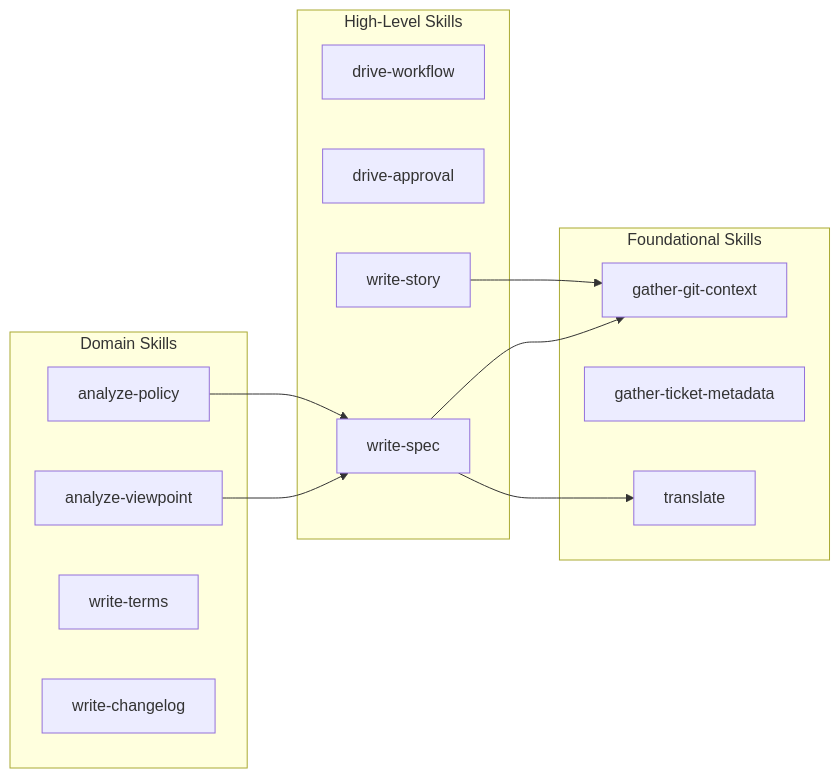
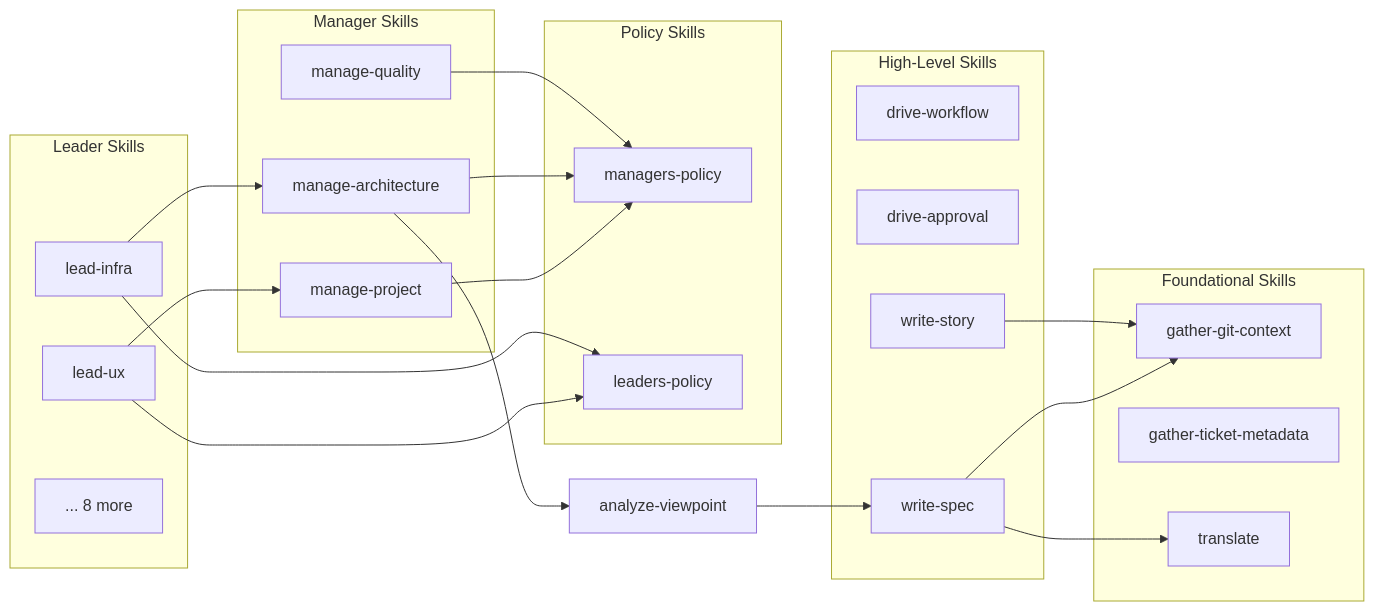
One commit to qmu/workaholic changed the third of 3 diagrams in .workaholic/specs/component.md. Above: the diagram before and after it, drawn with Mermaid. The commit also changed other lines of this file and 36 other files, not shown here.

````diff
--- a/.workaholic/specs/component.md
+++ b/.workaholic/specs/component.md
@@ -245,28 +286,47 @@
 ```mermaid
 flowchart LR
+    subgraph "Manager Skills"
+        MP[manage-project]
+        MA[manage-architecture]
+        MQ[manage-quality]
+    end
+
+    subgraph "Policy Skills"
+        MgrP[managers-policy]
+        LeadP[leaders-policy]
+    end
+
+    subgraph "Leader Skills"
+        LUX[lead-ux]
+        LInfra[lead-infra]
+        LOther[... 8 more]
+    end
+
     subgraph "High-Level Skills"
         DW[drive-workflow]
         DA[drive-approval]
         WS[write-spec]
         WStory[write-story]
     end
 
     subgraph "Foundational Skills"
         GGC[gather-git-context]
         GTM[gather-ticket-metadata]
         T[translate]
     end
 
-    subgraph "Domain Skills"
-        AV[analyze-viewpoint]
-        AP[analyze-policy]
-        WT[write-terms]
-        WC[write-changelog]
-    end
+    MP --> MgrP
+    MA --> MgrP
+    MQ --> MgrP
+
+    LUX --> LeadP
+    LUX --> MP
+    LInfra --> LeadP
+    LInfra --> MA
 
     WS --> GGC
     WS --> T
     WStory --> GGC
-    AV --> WS
-    AP --> WS
+    MA --> analyze-viewpoint
+    analyze-viewpoint --> WS
 ```
````
